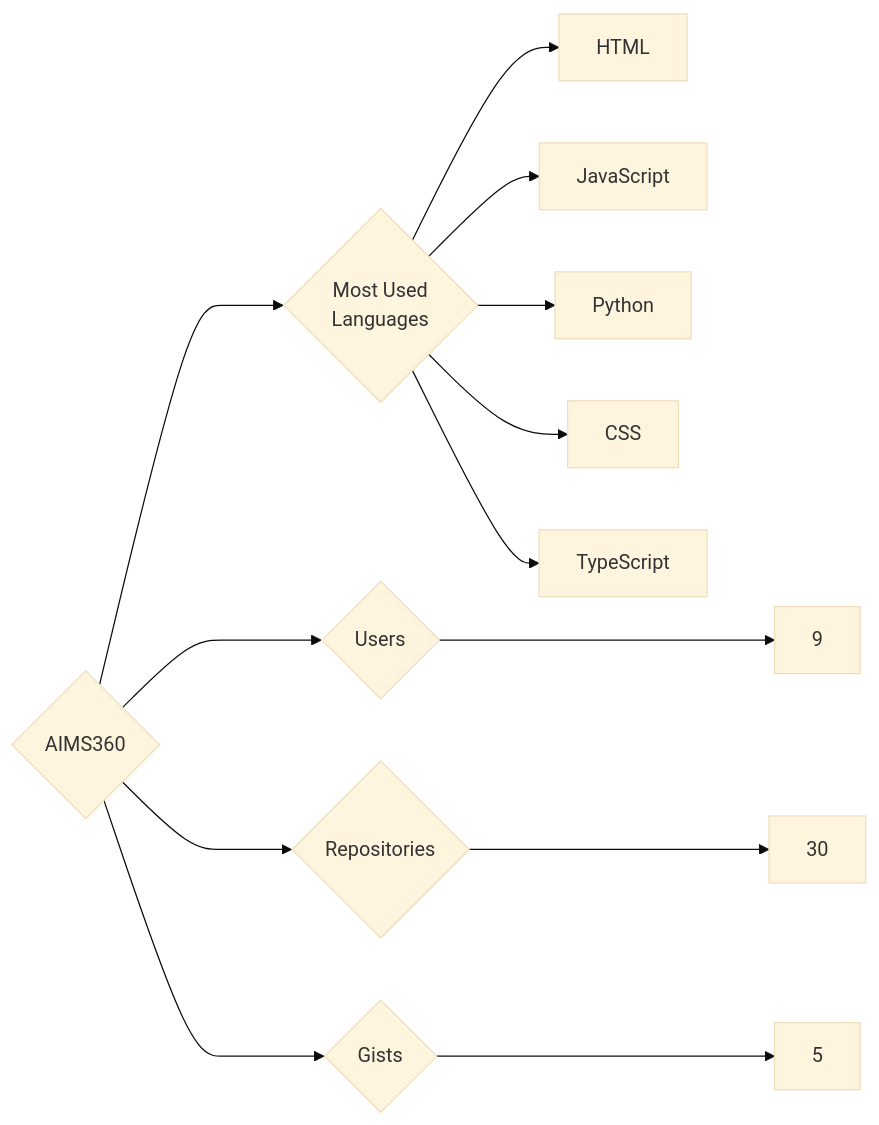
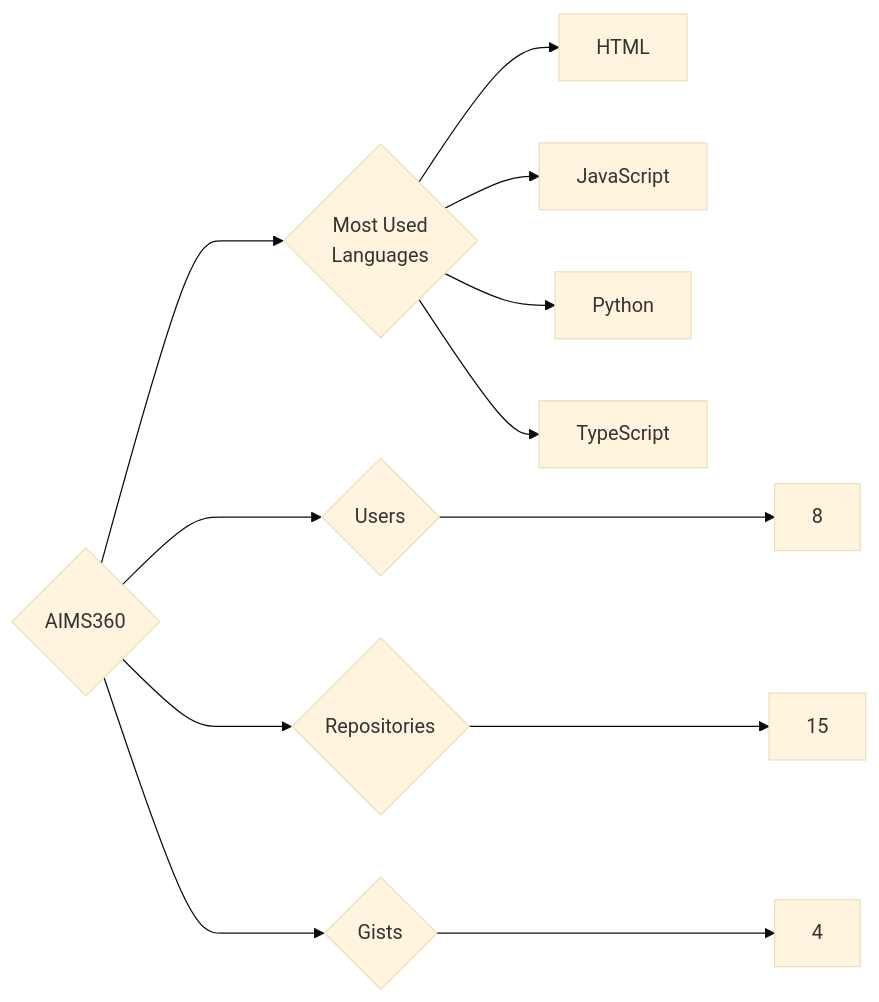
The diagram in targets/AIMS360/README.md (trickest/insiders), drawn with Mermaid (base theme) before and after one commit. The commit also changed 1212 other files, not shown here.

````diff
--- a/targets/AIMS360/README.md
+++ b/targets/AIMS360/README.md
@@ -3,13 +3,12 @@
 ```mermaid
 graph LR
 COMPANY_NAME{AIMS360}
-COMPANY_NAME ---> U{Users} ---> UN[9]
-COMPANY_NAME ---> R{Repositories} ---> RN[30]
-COMPANY_NAME ---> G{Gists} ---> GN[5]
+COMPANY_NAME ---> U{Users} ---> UN[8]
+COMPANY_NAME ---> R{Repositories} ---> RN[15]
+COMPANY_NAME ---> G{Gists} ---> GN[4]
 COMPANY_NAME ---> ML{Most Used<br>Languages}
 ML --> HTML[HTML]
 ML --> JavaScript[JavaScript]
 ML --> Python[Python]
-ML --> CSS[CSS]
 ML --> TypeScript[TypeScript]
 ```
````
